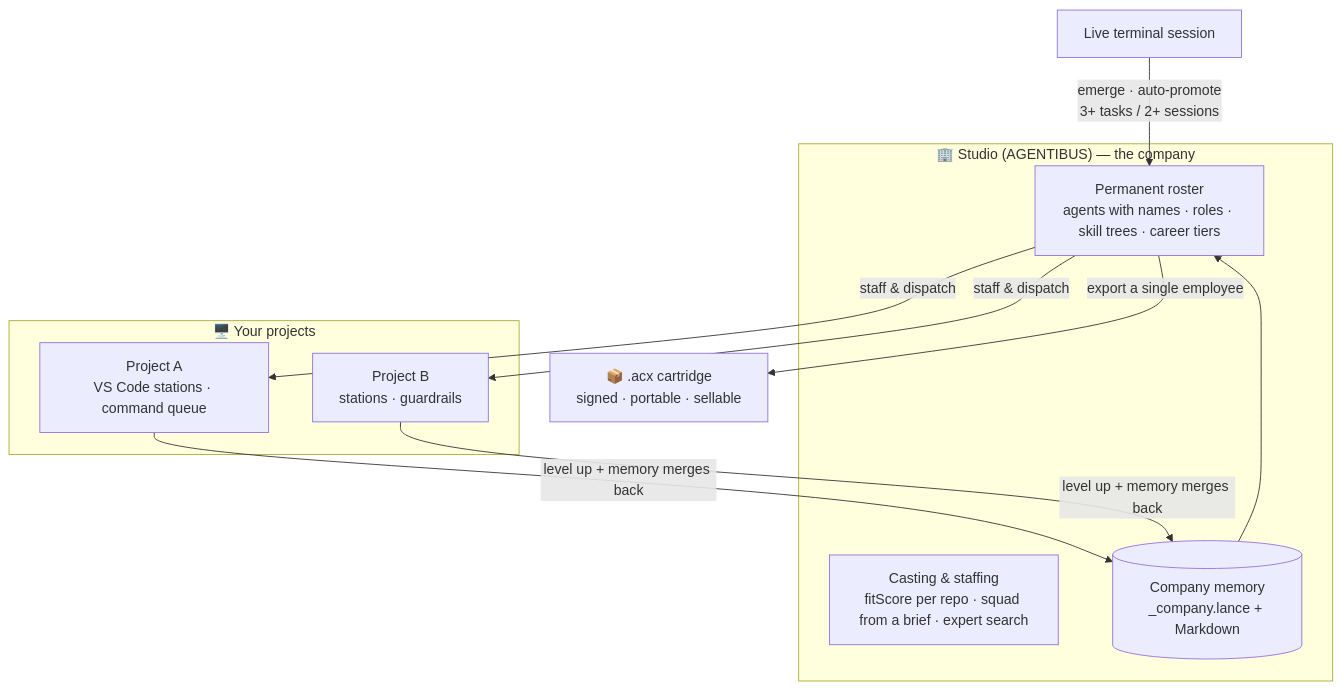
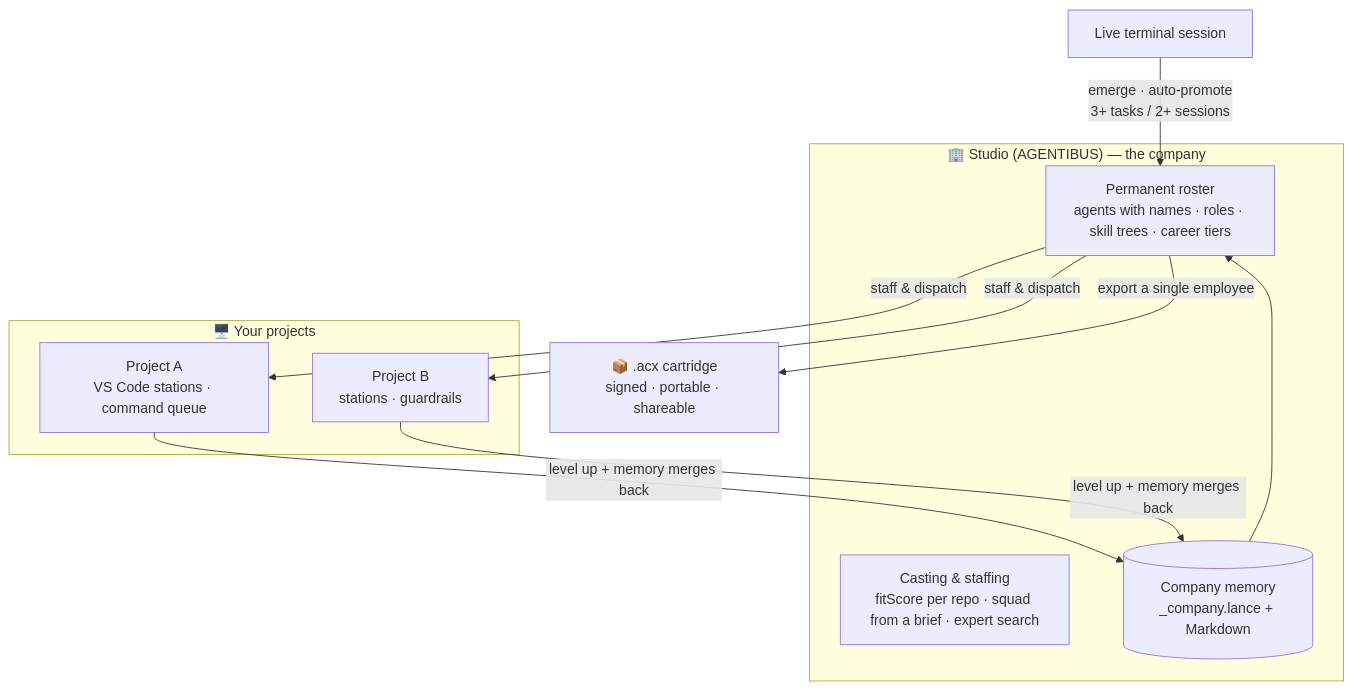
Before and after one commit to lboel/acx: the first of 2 diagrams in docs-site/docs/concepts/studio.md, drawn with Mermaid. The commit also changed other lines of this file and 108 other files, not shown here.

````diff
--- a/docs-site/docs/concepts/studio.md
+++ b/docs-site/docs/concepts/studio.md
@@ -7,21 +7,21 @@
 ```mermaid
 flowchart TD
   subgraph CO["🏢 Studio (AGENTIBUS) — the company"]
     ROSTER["Permanent roster<br/>agents with names · roles · skill trees · career tiers"]
     CAST["Casting &amp; staffing<br/>fitScore per repo · squad from a brief · expert search"]
     MEM[("Company memory<br/>_company.lance + Markdown")]
   end
 
   subgraph WORK["🖥️ Your projects"]
     P1["Project A<br/>VS Code stations · command queue"]
     P2["Project B<br/>stations · guardrails"]
   end
 
   LIVE["Live terminal session"] -->|emerge · auto-promote<br/>3+ tasks / 2+ sessions| ROSTER
   ROSTER -->|staff &amp; dispatch| P1
   ROSTER -->|staff &amp; dispatch| P2
   P1 -->|level up + memory merges back| MEM
   P2 -->|level up + memory merges back| MEM
   MEM --> ROSTER
-  ROSTER -->|export a single employee| ACX["📦 .acx cartridge<br/>signed · portable · sellable"]
+  ROSTER -->|export a single employee| ACX["📦 .acx cartridge<br/>signed · portable · shareable"]
 ```
````
